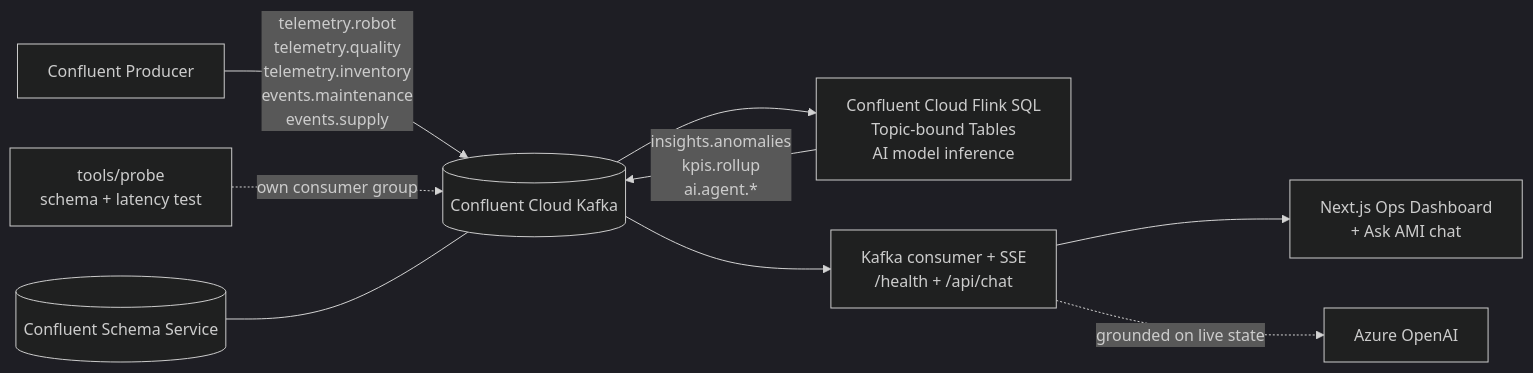
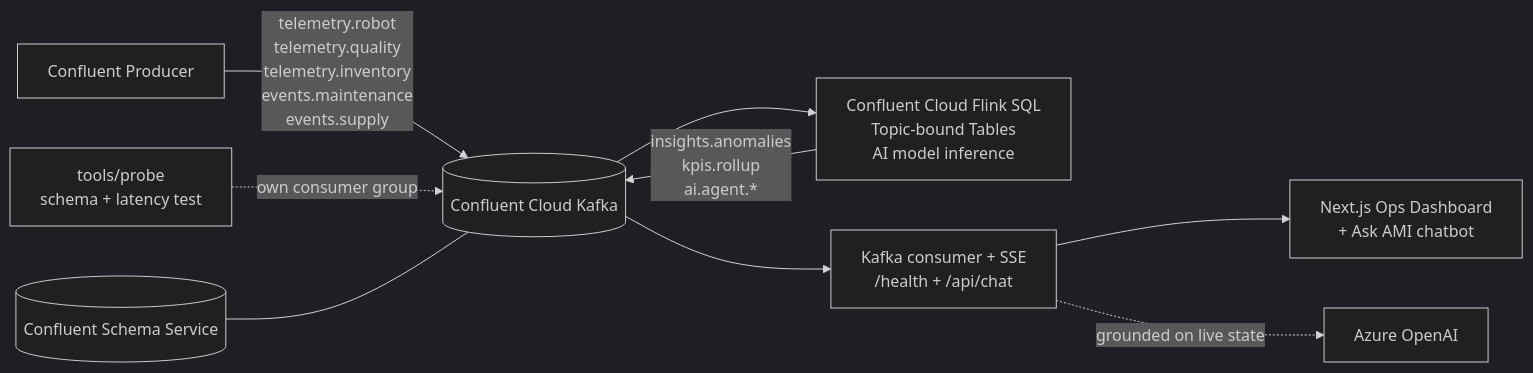
The diagram in README.md (ikartikk/confluent-ami), drawn with Mermaid (dark theme) before and after one commit. The commit also changed 11 other files, not shown here.

````diff
--- a/README.md
+++ b/README.md
@@ -7,11 +7,11 @@
 ```mermaid
 flowchart LR
   SIM[Confluent Producer] -->|telemetry.robot<br/>telemetry.quality<br/>telemetry.inventory<br/>events.maintenance<br/>events.supply| KAFKA[(Confluent Cloud Kafka)]
   KAFKA --> FLINK[Confluent Cloud Flink SQL<br/>Topic-bound Tables<br/>AI model inference]
   FLINK -->|insights.anomalies<br/>kpis.rollup<br/>ai.agent.*| KAFKA
   KAFKA --> API[Kafka consumer + SSE<br/>/health + /api/chat]
-  API --> WEB[Next.js Ops Dashboard<br/>+ Ask AMI chat]
+  API --> WEB[Next.js Ops Dashboard<br/>+ Ask AMI chatbot]
   API -.->|grounded on live state| AZURE[Azure OpenAI]
   PROBE[tools/probe<br/>schema + latency test] -.->|own consumer group| KAFKA
   SCHEMA[(Confluent Schema Service)] --- KAFKA
 ```
````
